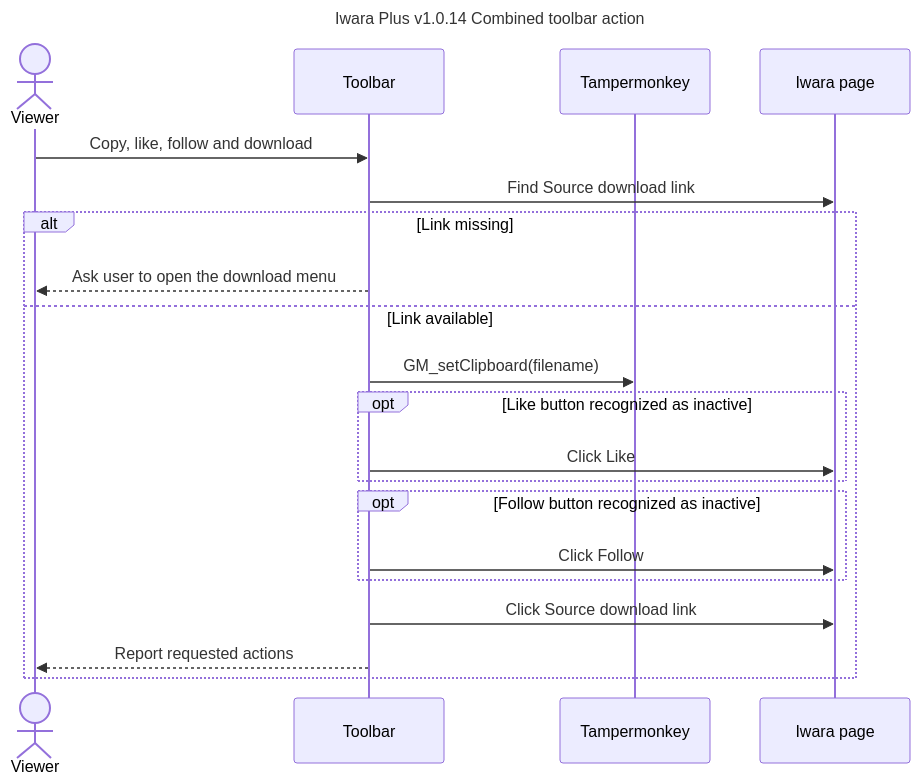
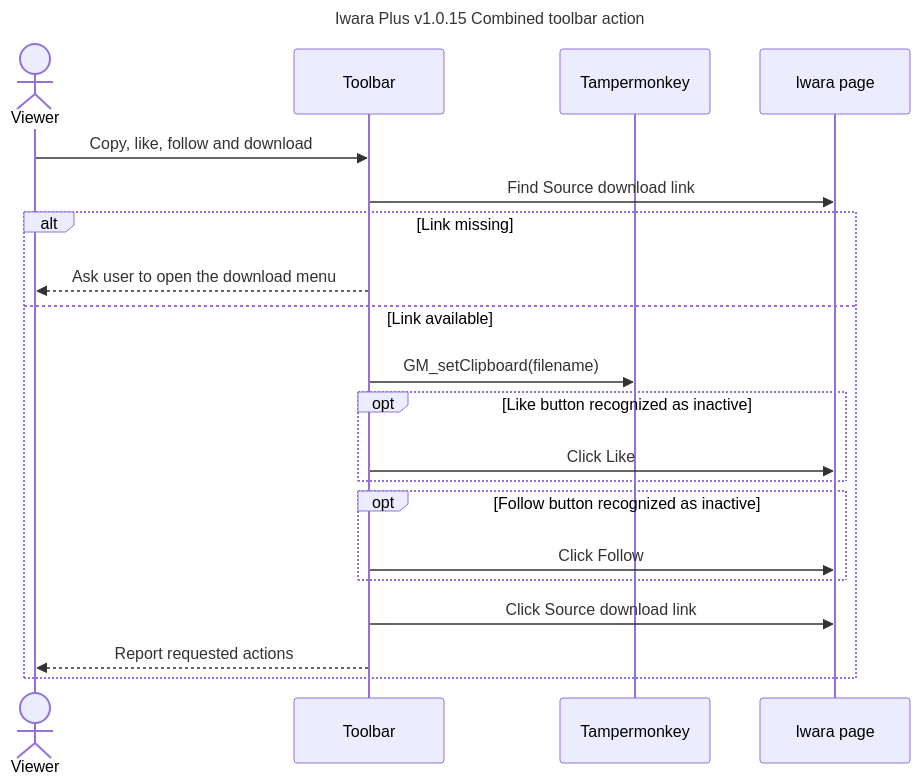
Before and after one commit to lhYanghc/iwara-plus: the fourth of 6 diagrams in docs/architecture.md, drawn with Mermaid. The commit also changed other lines of this file and 7 other files, not shown here.

````diff
--- a/docs/architecture.md
+++ b/docs/architecture.md
@@ -124,25 +127,25 @@
 ```mermaid
 ---
-title: Iwara Plus v1.0.14 Combined toolbar action
+title: Iwara Plus v1.0.15 Combined toolbar action
 ---
 sequenceDiagram
     actor U as Viewer
     participant T as Toolbar
     participant G as Tampermonkey
     participant D as Iwara page
     U->>T: Copy, like, follow and download
     T->>D: Find Source download link
     alt Link missing
         T-->>U: Ask user to open the download menu
     else Link available
         T->>G: GM_setClipboard(filename)
         opt Like button recognized as inactive
             T->>D: Click Like
         end
         opt Follow button recognized as inactive
             T->>D: Click Follow
         end
         T->>D: Click Source download link
         T-->>U: Report requested actions
     end
 ```
````
